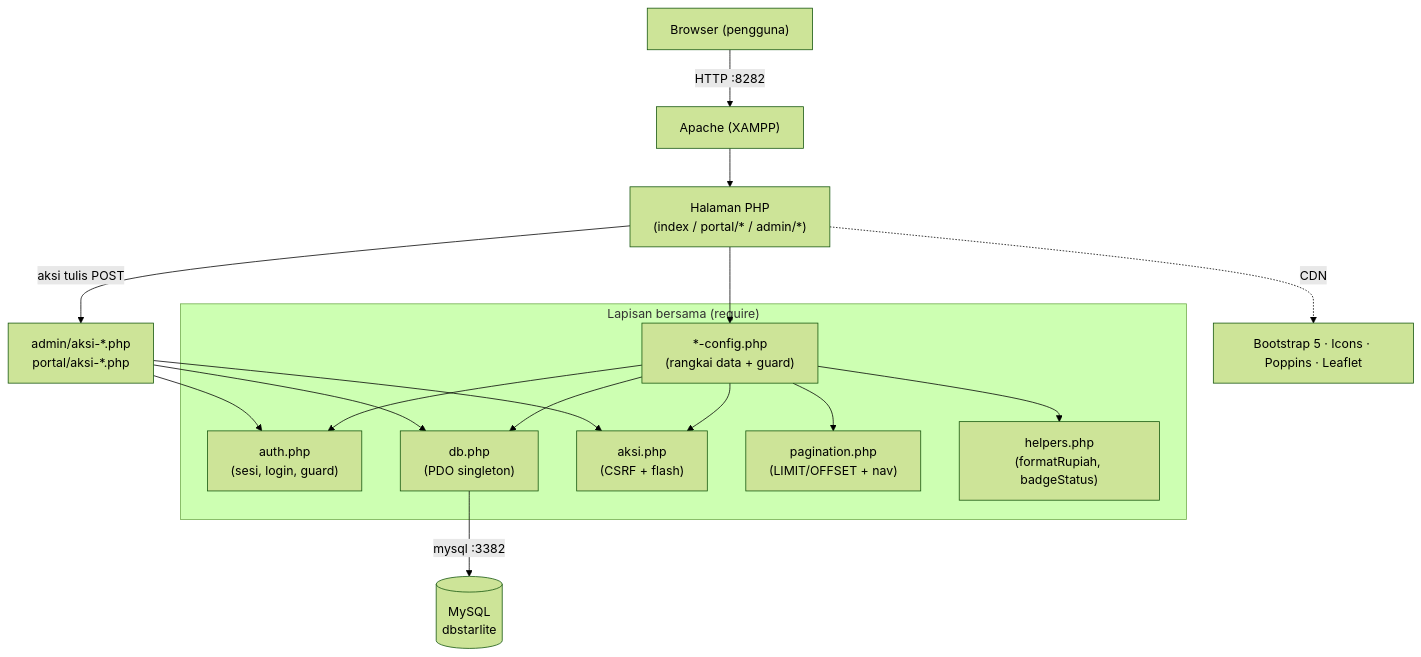
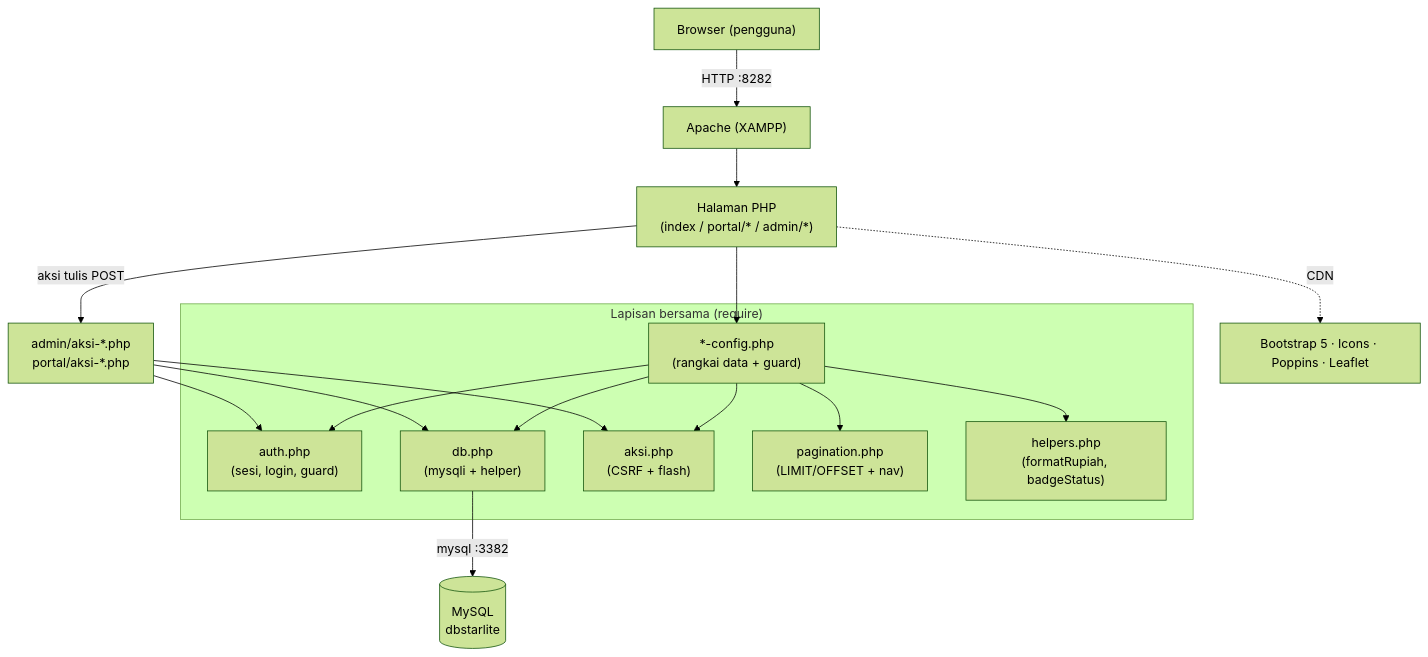
One commit to mramdann/rknet changed the first of 6 diagrams in docs/DOKUMENTASI.md. Above: the diagram before and after it, drawn with Mermaid (forest theme). The commit also changed other lines of this file and 1 other file, not shown here.

Commit message:
docs: perbarui dokumentasi untuk lapisan data mysqli

````diff
--- a/docs/DOKUMENTASI.md
+++ b/docs/DOKUMENTASI.md
@@ -28,21 +28,21 @@
 ```mermaid
 flowchart TD
     B["Browser (pengguna)"] -->|HTTP :8282| A["Apache (XAMPP)"]
     A --> H["Halaman PHP<br/>(index / portal/* / admin/*)"]
 
     subgraph Lapisan_Bersama["Lapisan bersama (require)"]
       CFG["*-config.php<br/>(rangkai data + guard)"]
       AUTH["auth.php<br/>(sesi, login, guard)"]
-      DB["db.php<br/>(PDO singleton)"]
+      DB["db.php<br/>(mysqli + helper)"]
       AKSI["aksi.php<br/>(CSRF + flash)"]
       PAG["pagination.php<br/>(LIMIT/OFFSET + nav)"]
       HLP["helpers.php<br/>(formatRupiah, badgeStatus)"]
     end
 
     H --> CFG
     CFG --> AUTH & DB & AKSI & PAG & HLP
     H -->|aksi tulis POST| ACT["admin/aksi-*.php<br/>portal/aksi-*.php"]
     ACT --> AUTH & DB & AKSI
     DB -->|"mysql :3382"| M[("MySQL<br/>dbstarlite")]
     H -. CDN .-> CDN["Bootstrap 5 · Icons · Poppins · Leaflet"]
 ```
````
